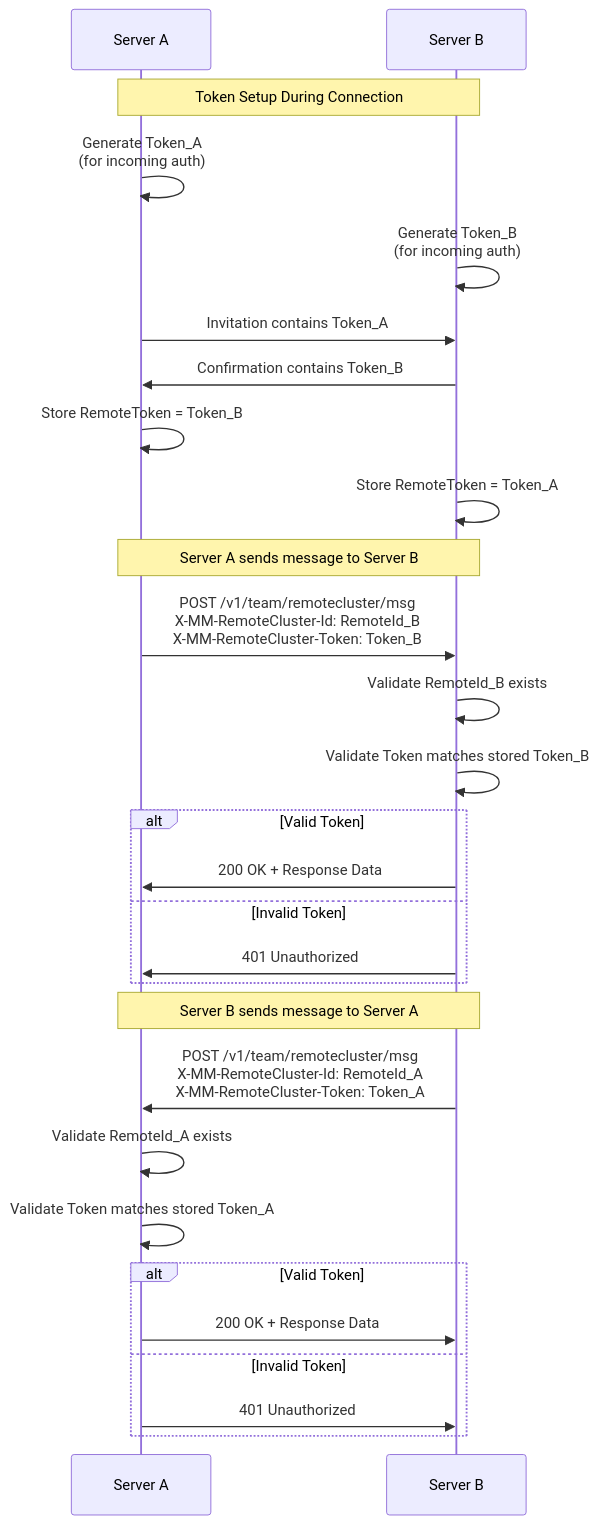
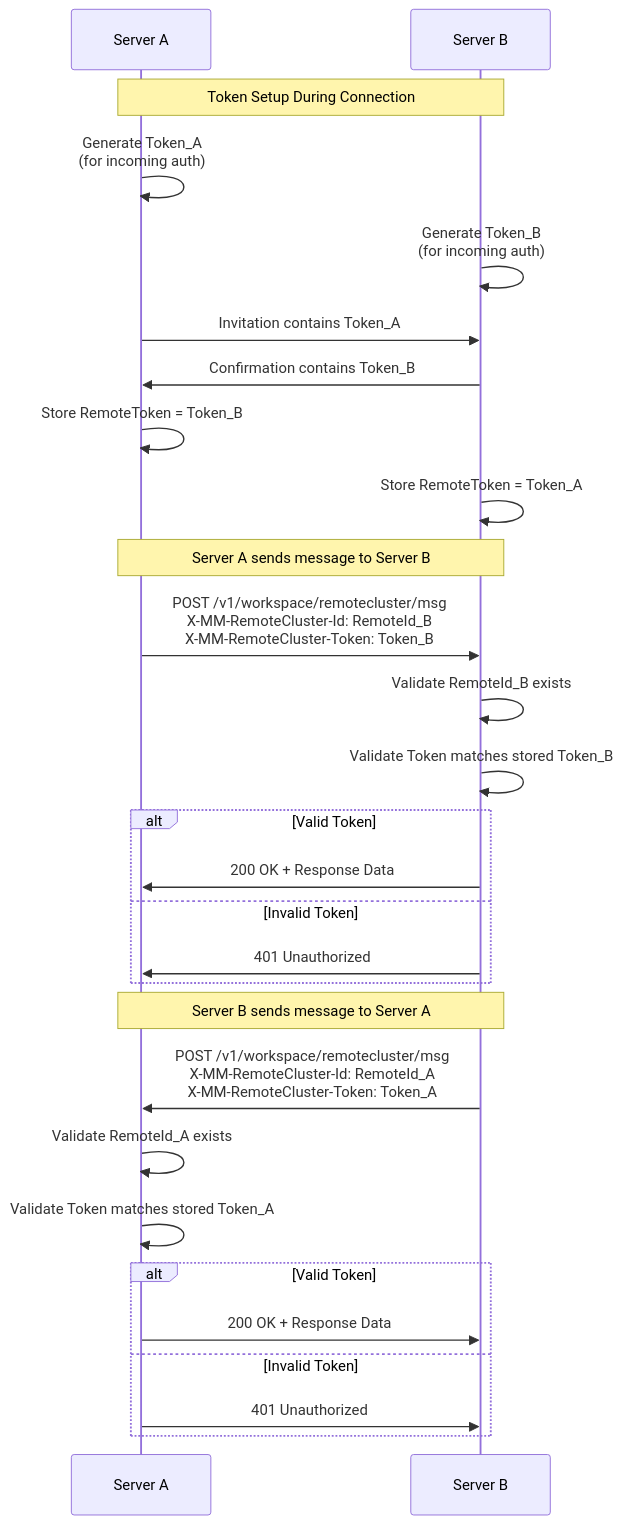
The seventh of 7 diagrams in server/platform/services/sharedchannel/README.md (hanzoai/team), drawn with Mermaid before and after one commit. The commit also changed other lines of this file and 139 other files, not shown here.

````diff
--- a/server/platform/services/sharedchannel/README.md
+++ b/server/platform/services/sharedchannel/README.md
@@ -423,33 +423,33 @@
 ```mermaid
 sequenceDiagram
     participant SA as Server A
     participant SB as Server B
 
     Note over SA,SB: Token Setup During Connection
     SA->>SA: Generate Token_A<br/>(for incoming auth)
     SB->>SB: Generate Token_B<br/>(for incoming auth)
     SA->>SB: Invitation contains Token_A
     SB->>SA: Confirmation contains Token_B
     SA->>SA: Store RemoteToken = Token_B
     SB->>SB: Store RemoteToken = Token_A
 
     Note over SA,SB: Server A sends message to Server B
-    SA->>SB: POST /v1/team/remotecluster/msg<br/>X-MM-RemoteCluster-Id: RemoteId_B<br/>X-MM-RemoteCluster-Token: Token_B
+    SA->>SB: POST /v1/workspace/remotecluster/msg<br/>X-MM-RemoteCluster-Id: RemoteId_B<br/>X-MM-RemoteCluster-Token: Token_B
     SB->>SB: Validate RemoteId_B exists
     SB->>SB: Validate Token matches stored Token_B
     alt Valid Token
         SB->>SA: 200 OK + Response Data
     else Invalid Token
         SB->>SA: 401 Unauthorized
     end
 
     Note over SA,SB: Server B sends message to Server A
-    SB->>SA: POST /v1/team/remotecluster/msg<br/>X-MM-RemoteCluster-Id: RemoteId_A<br/>X-MM-RemoteCluster-Token: Token_A
+    SB->>SA: POST /v1/workspace/remotecluster/msg<br/>X-MM-RemoteCluster-Id: RemoteId_A<br/>X-MM-RemoteCluster-Token: Token_A
     SA->>SA: Validate RemoteId_A exists
     SA->>SA: Validate Token matches stored Token_A
     alt Valid Token
         SA->>SB: 200 OK + Response Data
     else Invalid Token
         SA->>SB: 401 Unauthorized
     end
 ```
````
